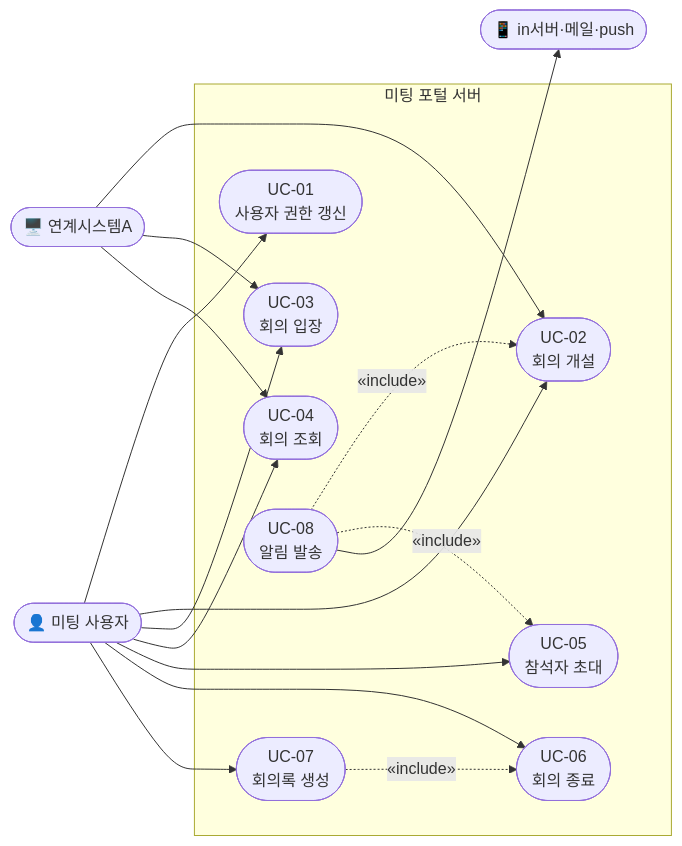
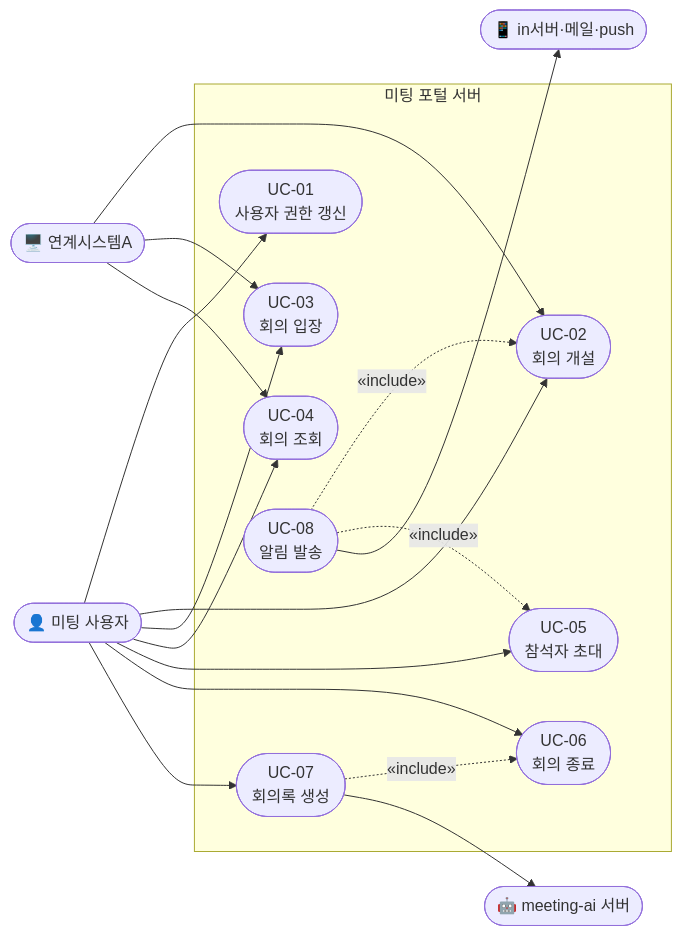
One commit to sujinnkim/A_Personal changed the diagram in docs/03-requirements/2.1-functional/overview.md. Above: the diagram before and after it, drawn with Mermaid. The commit also changed other lines of this file, not shown here.

First line of the commit message:
docs: 2.1 overview meeting-ai 서버 연결 추가

````diff
--- a/docs/03-requirements/2.1-functional/overview.md
+++ b/docs/03-requirements/2.1-functional/overview.md
@@ -59,33 +60,35 @@
 ```mermaid
 graph LR
     User(["👤 미팅 사용자"])
     SysA(["🖥️ 연계시스템A"])
     InServer(["📱 in서버·메일·push"])
+    MeetingAI(["🤖 meeting-ai 서버"])
 
     subgraph MeetingPortal["미팅 포털 서버"]
         UC01(["UC-01\n사용자 권한 갱신"])
         UC02(["UC-02\n회의 개설"])
         UC03(["UC-03\n회의 입장"])
         UC04(["UC-04\n회의 조회"])
         UC05(["UC-05\n참석자 초대"])
         UC06(["UC-06\n회의 종료"])
         UC07(["UC-07\n회의록 생성"])
         UC08(["UC-08\n알림 발송"])
     end
 
     User --> UC01
     User --> UC02
     User --> UC03
     User --> UC04
     User --> UC05
     User --> UC06
     User --> UC07
     SysA --> UC02
     SysA --> UC03
     SysA --> UC04
 
     UC07 -.->|"«include»"| UC06
     UC08 -.->|"«include»"| UC02
     UC08 -.->|"«include»"| UC05
     UC08 --> InServer
+    UC07 --> MeetingAI
 ```
````
